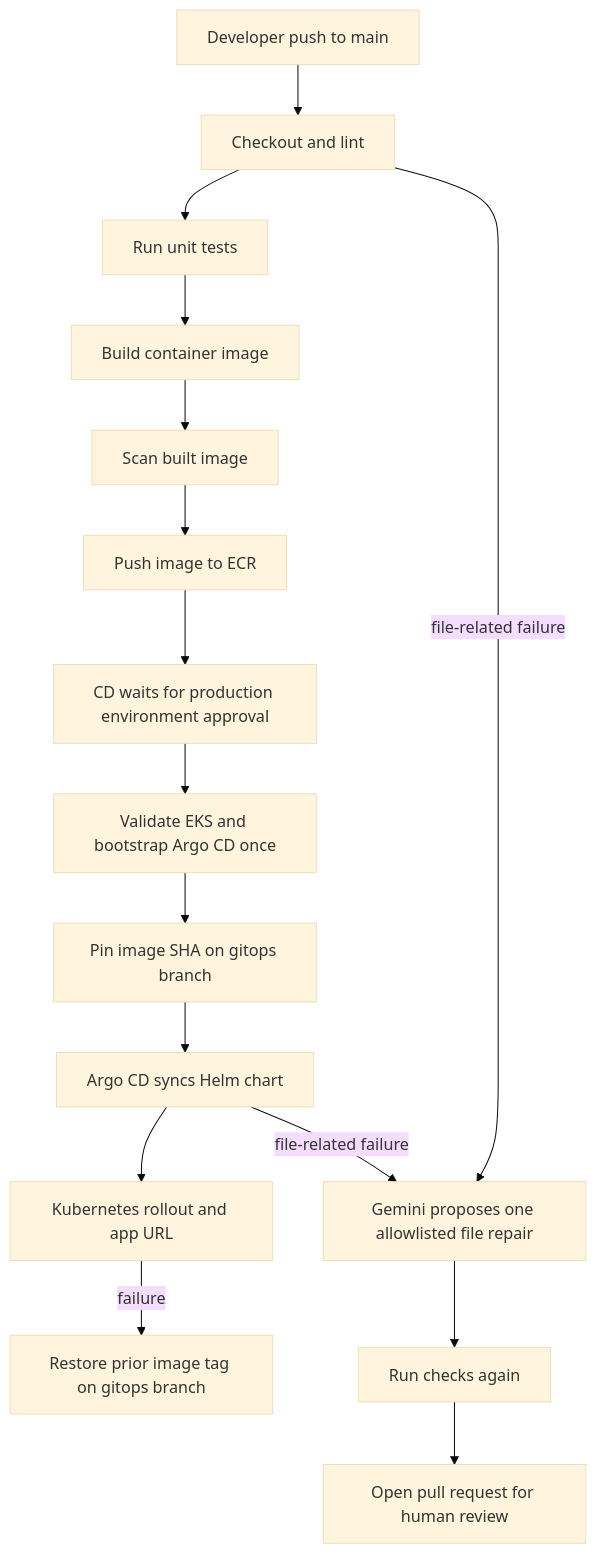
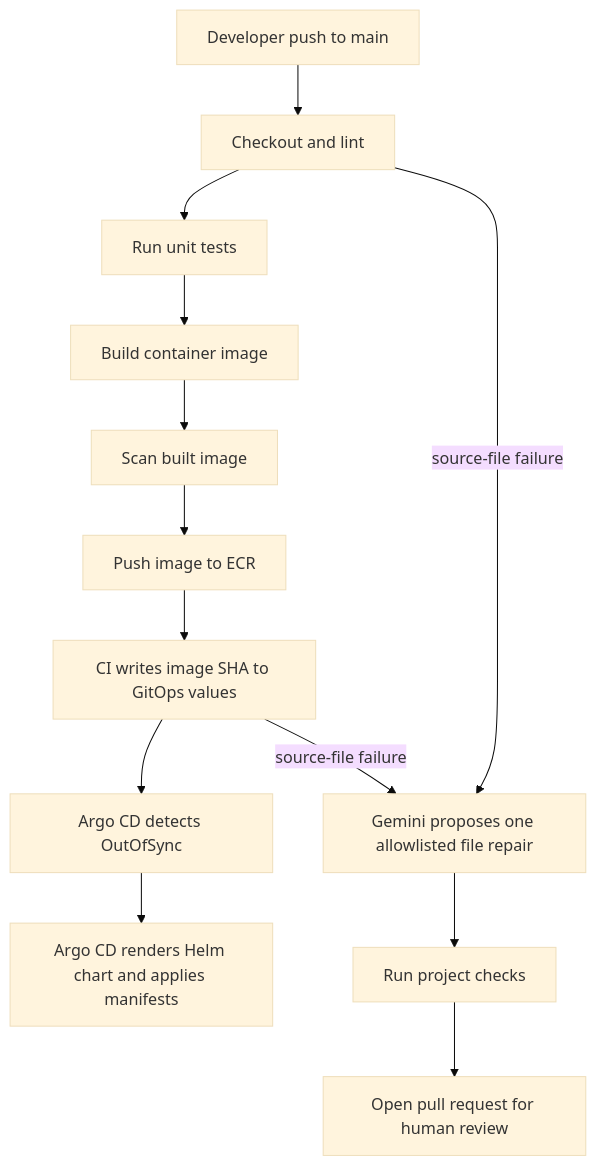
One commit to suren00-77-99/Ai-kubernets changed the diagram in README.md. Above: the diagram before and after it, drawn with Mermaid (base theme). The commit also changed other lines of this file and 4 other files, not shown here.

````diff
--- a/README.md
+++ b/README.md
@@ -9,18 +9,15 @@
 ```mermaid
 flowchart TD
   A[Developer push to main] --> B[Checkout and lint]
   B --> C[Run unit tests]
   C --> D[Build container image]
   D --> E[Scan built image]
   E --> F[Push image to ECR]
-  F --> G[CD waits for production environment approval]
-  G --> H[Validate EKS and bootstrap Argo CD once]
-  H --> I[Pin image SHA on gitops branch]
-  I --> J[Argo CD syncs Helm chart]
-  J --> K[Kubernetes rollout and app URL]
-  K -->|failure| L[Restore prior image tag on gitops branch]
-  B -->|file-related failure| M[Gemini proposes one allowlisted file repair]
-  J -->|file-related failure| M
-  M --> N[Run checks again]
-  N --> O[Open pull request for human review]
+  F --> G[CI writes image SHA to GitOps values]
+  G --> H[Argo CD detects OutOfSync]
+  H --> I[Argo CD renders Helm chart and applies manifests]
+  B -->|source-file failure| J[Gemini proposes one allowlisted file repair]
+  G -->|source-file failure| J
+  J --> K[Run project checks]
+  K --> L[Open pull request for human review]
 ```
````
